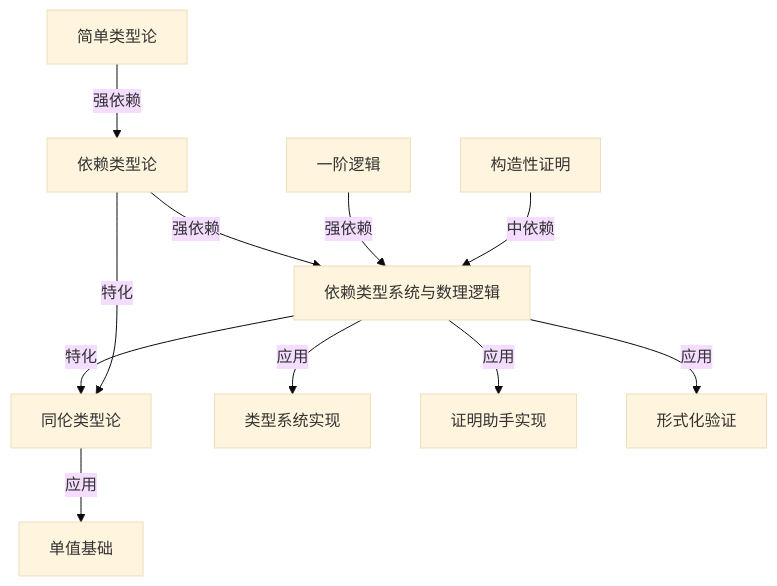
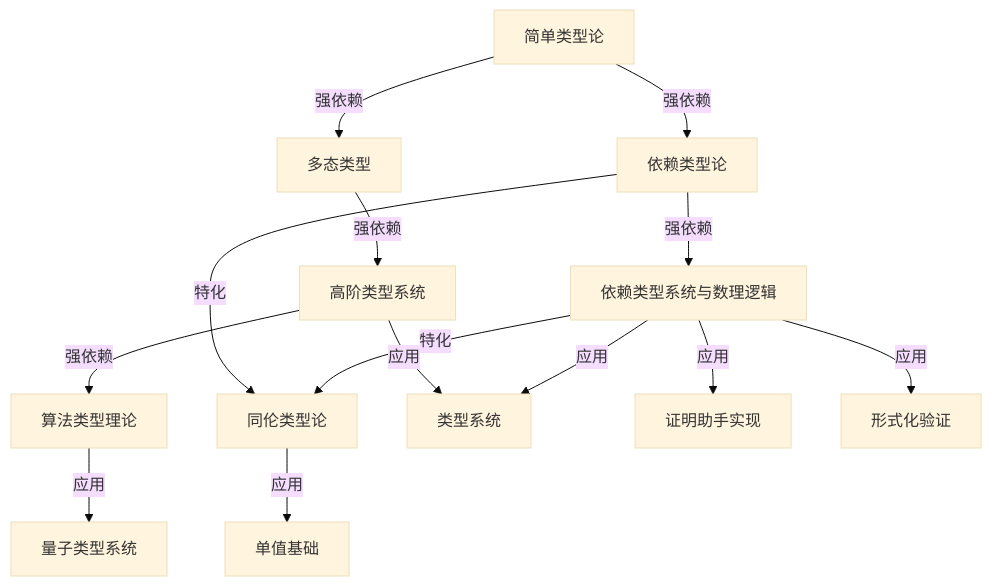
The first of 4 diagrams in docs/05-类型理论/类型理论模块知识图谱.md (AdaMartin18010/FormalAlgorithm), drawn with Mermaid (base theme) before and after one commit. The commit also changed other lines of this file and 481 other files, not shown here.

````diff
--- a/docs/05-类型理论/类型理论模块知识图谱.md
+++ b/docs/05-类型理论/类型理论模块知识图谱.md
@@ -19,13 +27,16 @@
 ```mermaid
 graph TD
-    A[简单类型论] -->|强依赖| B[依赖类型论]
-    B -->|强依赖| C[依赖类型系统与数理逻辑]
-    D[一阶逻辑] -->|强依赖| C
-    E[构造性证明] -->|中依赖| C
-    C -->|特化| F[同伦类型论]
-    C -->|应用| G[类型系统实现]
-    B -->|特化| F
-    F -->|应用| H[单值基础]
-    C -->|应用| I[证明助手实现]
-    C -->|应用| J[形式化验证]
+    A[简单类型论] -->|强依赖| B[多态类型]
+    A -->|强依赖| C[依赖类型论]
+    B -->|强依赖| D[高阶类型系统]
+    C -->|强依赖| E[依赖类型系统与数理逻辑]
+    D -->|强依赖| F[算法类型理论]
+    C -->|特化| G[同伦类型论]
+    E -->|特化| G
+    D -->|应用| H[类型系统]
+    E -->|应用| H
+    F -->|应用| I[量子类型系统]
+    G -->|应用| J[单值基础]
+    E -->|应用| K[证明助手实现]
+    E -->|应用| L[形式化验证]
 ```
````
